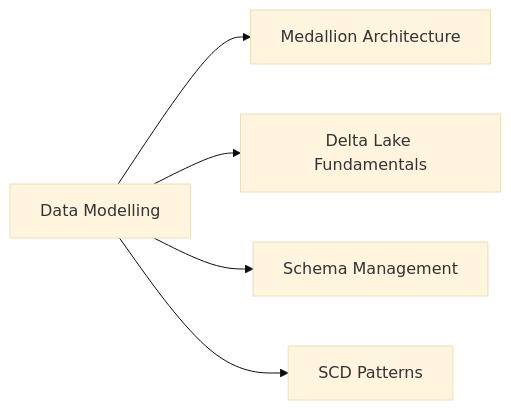
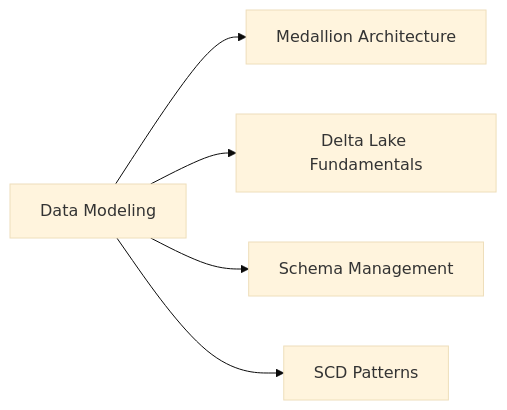
Before and after one commit to kengio/databricks-certification-study-guide: the diagram in certifications/data-engineer-professional/09-data-modeling/README.md, drawn with Mermaid (base theme). The commit also changed other lines of this file and 54 other files, not shown here.

````diff
--- a/certifications/data-engineer-professional/09-data-modeling/README.md
+++ b/certifications/data-engineer-professional/09-data-modeling/README.md
@@ -17,7 +17,7 @@
 ```mermaid
 flowchart LR
-    DM[Data Modelling] --> Medal[Medallion Architecture]
+    DM[Data Modeling] --> Medal[Medallion Architecture]
     DM --> DL[Delta Lake Fundamentals]
     DM --> Schema[Schema Management]
     DM --> SCD[SCD Patterns]
 ```
````
